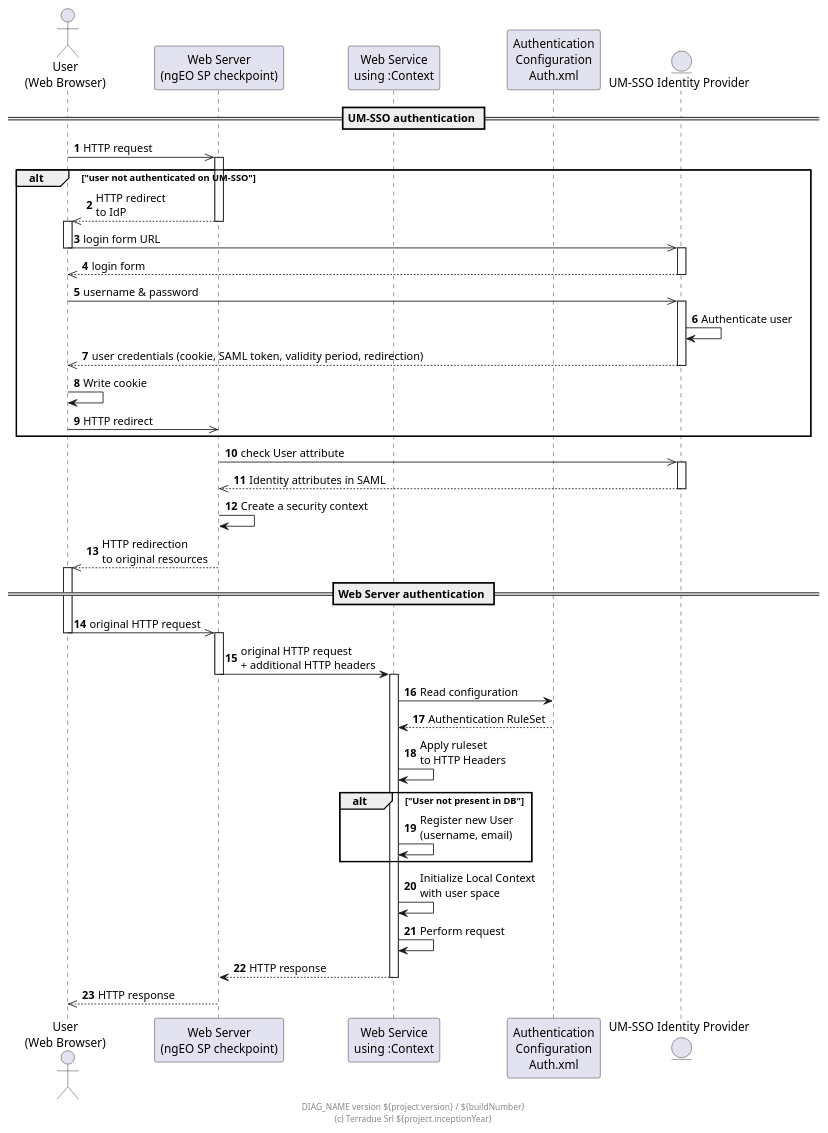
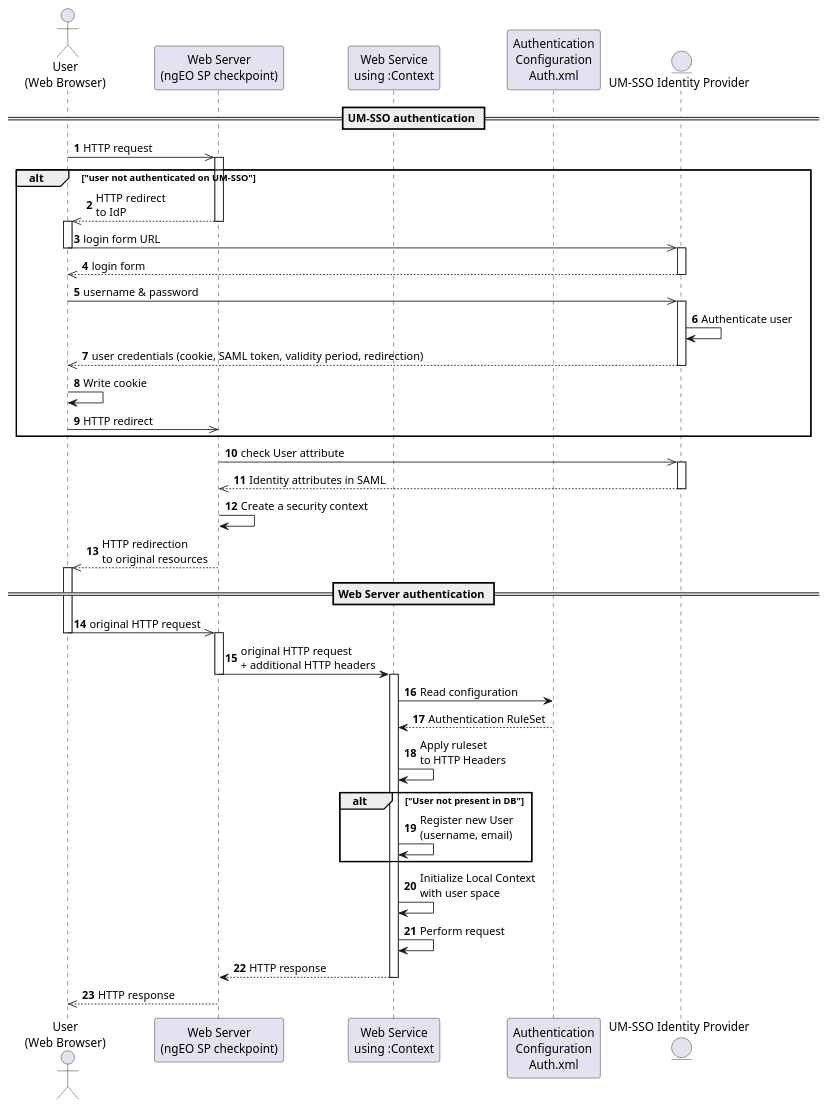
Before and after one commit to urban-tep/DDF-SDD: the second of 2 diagrams in source/groups/group___auth___umsso.rst, drawn with PlantUML. The commit also changed other lines of this file and 220 other files, not shown here.

```diff
--- a/source/groups/group___auth___umsso.rst
+++ b/source/groups/group___auth___umsso.rst
@@ -78,79 +51,75 @@
 .. uml::
+	:caption: UM-SSO protected HTTP request sequence diagram
 
 
 	actor "User\n(Web Browser)" as U
 	participant "Web Server\n(ngEO SP checkpoint)" as W
 	participant "Web Service\nusing :Context" as C
 	participant "Authentication\nConfiguration\nAuth.xml" as A
 	entity "UM-SSO Identity Provider" as I
 	
 	autonumber
 	
 	== UM-SSO authentication ==
 	
 	U ->> W: HTTP request
 	activate W
 	
 	alt "user not authenticated on UM-SSO"
 	
 	W -->> U: HTTP redirect\nto IdP
 	deactivate W
 	activate U
 	U ->> I: login form URL
 	deactivate U
 	activate I
 	I -->> U: login form
 	deactivate I
 	
 	U ->> I: username & password
 	activate I
 	I -> I:Authenticate user
 	I -->> U: user credentials (cookie, SAML token, validity period, redirection)
 	deactivate I
 	
 	U -> U: Write cookie
 	U ->> W: HTTP redirect
 	
 	end
 	
 	activate W
 	W ->> I: check User attribute
 	activate I
 	I -->> W: Identity attributes in SAML
 	deactivate I
 	W -> W: Create a security context
 	W -->> U: HTTP redirection\nto original resources
 	deactivate W
 	activate U
 	
 	== Web Server authentication ==
 	
 	U ->> W: original HTTP request
 	deactivate U
 	activate W
 	W -> C: original HTTP request\n+ additional HTTP headers
 	deactivate W
 	
 	activate C
 	
 	C -> A: Read configuration
 	A --> C: Authentication RuleSet
 	C -> C: Apply ruleset\nto HTTP Headers
 	
 	alt "User not present in DB"
 	
 	C -> C: Register new User\n(username, email)
 	
 	end
 	
 	C -> C: Initialize Local Context\nwith user space
 	C -> C: Perform request 
 	
 	C --> W: HTTP response
 	deactivate C
 	W -->> U: HTTP response
-	
-	footer 
-	DIAG_NAME version ${project.version} / ${buildNumber}
-	(c) Terradue Srl ${project.inceptionYear}
-	endfooter
```
